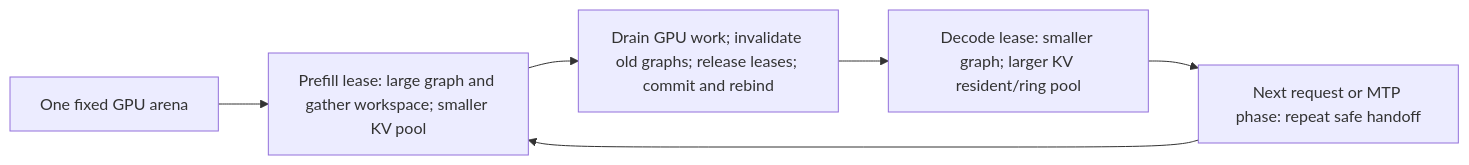
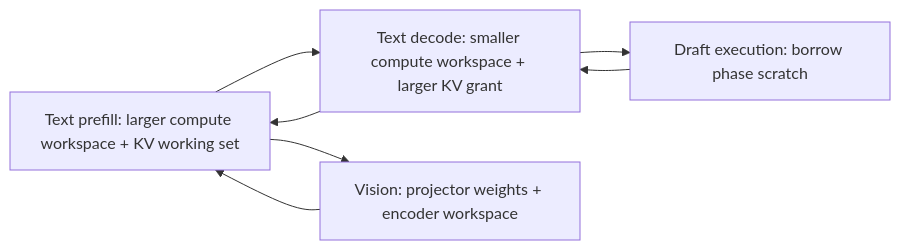
Before and after one commit to ggml-org/llama.cpp: the third of 8 diagrams in README.md, drawn with Mermaid. The commit also changed other lines of this file and 6 other files, not shown here.

````diff
--- a/README.md
+++ b/README.md
@@ -265,8 +406,9 @@
 ```mermaid
 flowchart LR
-    P["One fixed GPU arena"] --> F["Prefill lease: large graph and gather workspace; smaller KV pool"]
-    F --> X["Drain GPU work; invalidate old graphs; release leases; commit and rebind"]
-    X --> D["Decode lease: smaller graph; larger KV resident/ring pool"]
-    D --> Y["Next request or MTP phase: repeat safe handoff"]
-    Y --> F
+    P["Text prefill: larger compute workspace + KV working set"] --> D["Text decode: smaller compute workspace + larger KV grant"]
+    D --> P
+    D --> M["Draft execution: borrow phase scratch"]
+    M --> D
+    P --> V["Vision: projector weights + encoder workspace"]
+    V --> P
 ```
````
